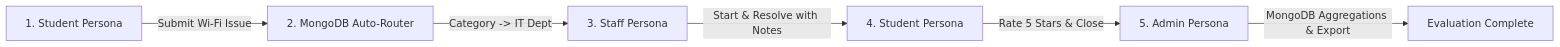
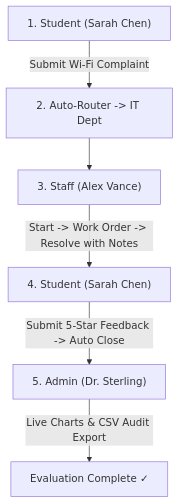
The second of 2 diagrams in README.md (KalpeshM13/Smart-Campus), drawn with Mermaid before and after one commit. The commit also changed other lines of this file, not shown here.

Commit message:
docs: streamline README with demo walkthrough, MongoDB Atlas guide, and setup instructions

````diff
--- a/README.md
+++ b/README.md
@@ -161,8 +138,8 @@
 ```mermaid
-flowchart LR
-    A["1. Student Persona"] -->|"Submit Wi-Fi Issue"| B["2. MongoDB Auto-Router"]
-    B -->|"Category -> IT Dept"| C["3. Staff Persona"]
-    C -->|"Start & Resolve with Notes"| D["4. Student Persona"]
-    D -->|"Rate 5 Stars & Close"| E["5. Admin Persona"]
-    E -->|"MongoDB Aggregations & Export"| F["Evaluation Complete"]
+flowchart TD
+    S1["1. Student (Sarah Chen)"] -->|"Submit Wi-Fi Complaint"| S2["2. Auto-Router -> IT Dept"]
+    S2 --> S3["3. Staff (Alex Vance)"]
+    S3 -->|"Start -> Work Order -> Resolve with Notes"| S4["4. Student (Sarah Chen)"]
+    S4 -->|"Submit 5-Star Feedback -> Auto Close"| S5["5. Admin (Dr. Sterling)"]
+    S5 -->|"Live Charts & CSV Audit Export"| S6["Evaluation Complete ✓"]
 ```
````
